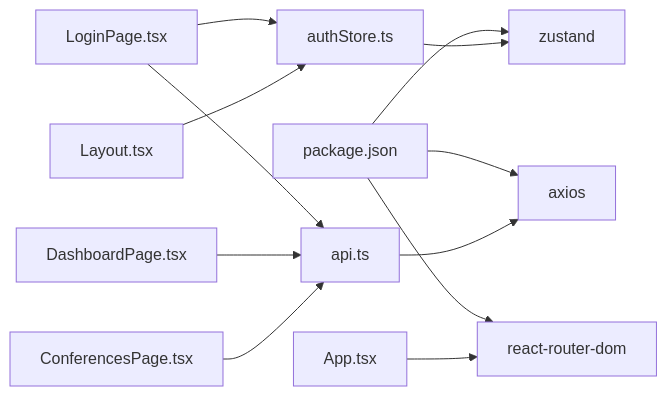
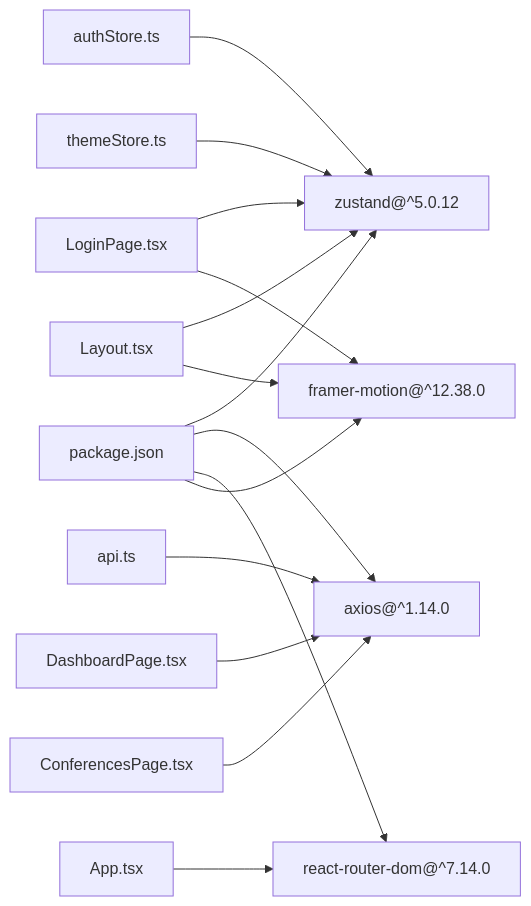
One commit to Vostrikov2014/vks-qoder changed the seventh of 7 diagrams in .qoder/repowiki/en/content/Frontend Application/State Management.md. Above: the diagram before and after it, drawn with Mermaid. The commit also changed other lines of this file and 5 other files, not shown here.

````diff
--- a/.qoder/repowiki/en/content/Frontend Application/State Management.md
+++ b/.qoder/repowiki/en/content/Frontend Application/State Management.md
@@ -343,14 +410,17 @@
 ```mermaid
 graph LR
-P["package.json"] --> Z["zustand"]
-P --> AX["axios"]
-P --> RR["react-router-dom"]
-ST["authStore.ts"] --> Z
+P["package.json"] --> Z["zustand@^5.0.12"]
+P --> AX["axios@^1.14.0"]
+P --> RR["react-router-dom@^7.14.0"]
+P --> FM["framer-motion@^12.38.0"]
+AUTH["authStore.ts"] --> Z
+THEME["themeStore.ts"] --> Z
 API["api.ts"] --> AX
 APP["App.tsx"] --> RR
-LP["LoginPage.tsx"] --> ST
-LP --> API
-LYT["Layout.tsx"] --> ST
-DP["DashboardPage.tsx"] --> API
-CP["ConferencesPage.tsx"] --> API
+LP["LoginPage.tsx"] --> Z
+LP --> FM
+LYT["Layout.tsx"] --> Z
+LYT --> FM
+DP["DashboardPage.tsx"] --> AX
+CP["ConferencesPage.tsx"] --> AX
 ```
````
